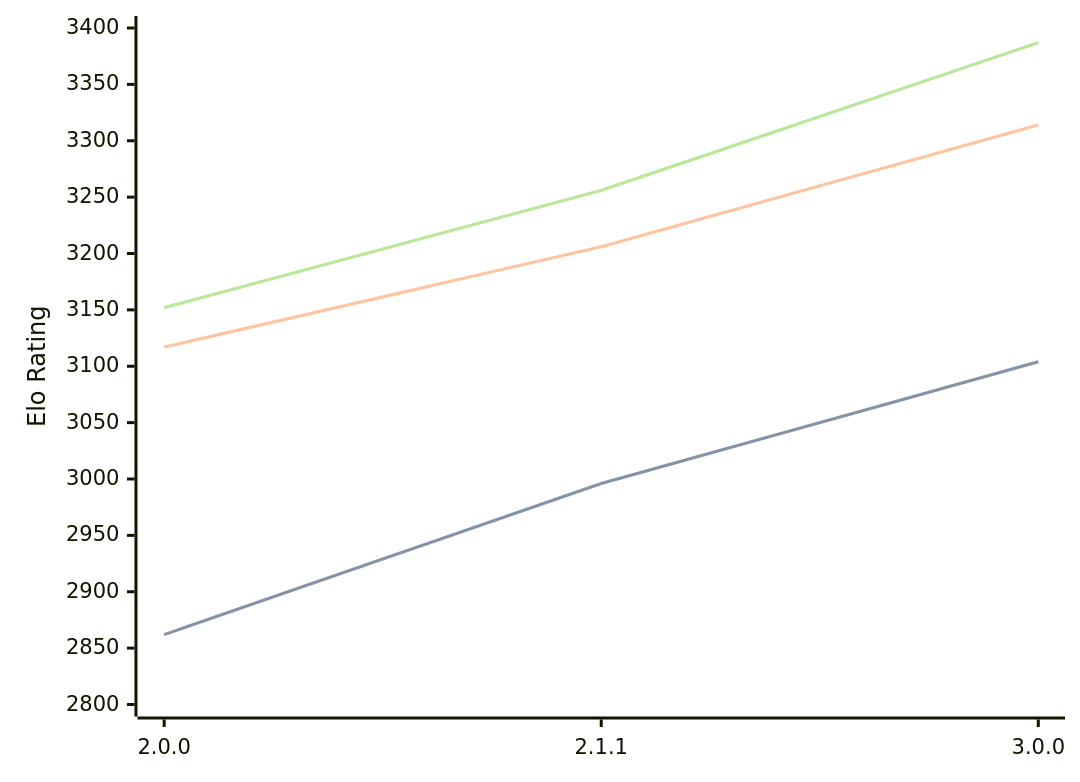
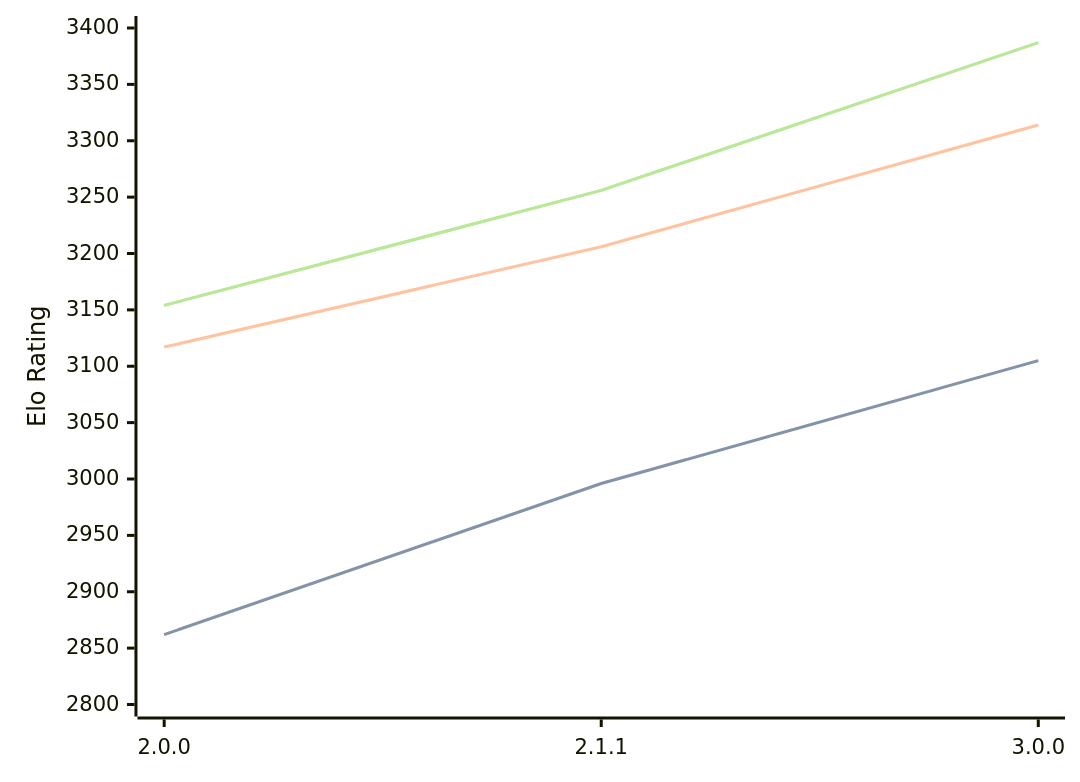
One commit to computer-chess-index/cci changed the diagram in engines/Bread.md. Above: the diagram before and after it, drawn with Mermaid. The commit also changed other lines of this file, not shown here.

Commit message:
Update CCI Ratings (ELO VLTC) - 2026-09-05

````diff
--- a/engines/Bread.md
+++ b/engines/Bread.md
@@ -36,11 +36,11 @@
 ```mermaid
 %%{init: {"theme":"base","themeVariables":{"seriesColors:['#a3a3a3','#222221','#faa371']}}}%%
 xychart-beta
   x-axis ["2.0.0", "2.1.1", "3.0.0"]
   y-axis "Elo Rating" 2800 --> 3400
-  line "" [2862, 2996, 3104]
-  line "STC (8.0+0.08s)" [2862, 2996, 3104]
+  line "" [2862, 2996, 3105]
+  line "STC (8.0+0.08s)" [2862, 2996, 3105]
   line "LTC (60.0+0.60s)" [3117, 3206, 3314]
-  line "" [3152, 3256, 3387]
-  line "VLTC (2m24s+1.12s)" [3152, 3256, 3387]
+  line "" [3154, 3256, 3387]
+  line "VLTC (2m24s+1.12s)" [3154, 3256, 3387]
 ```
````
